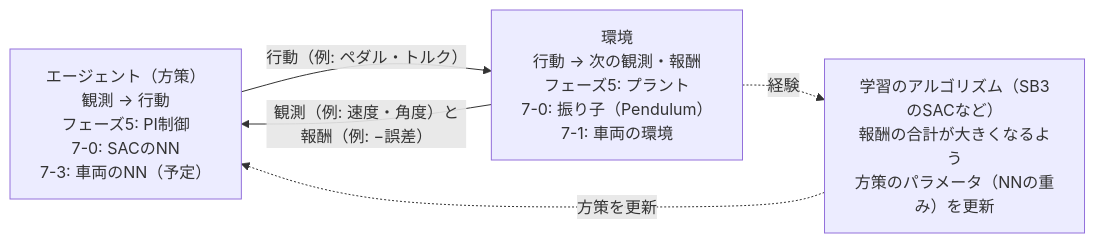
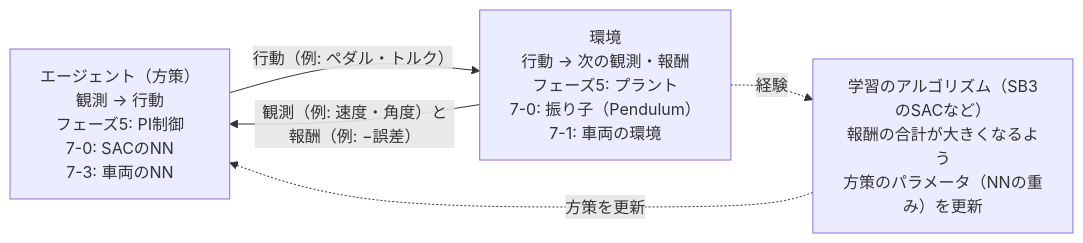
The diagram in docs/phase7_0_rl_intro.md (SanghunIm1991/ros2MinimalPhysicalAi), drawn with Mermaid before and after one commit. The commit also changed other lines of this file and 9 other files, not shown here.

Commit message:
[claude] フェーズ7-3（PI制御をNNの方策に置き換える）を作成。0.1秒ごとにペダルを選ぶ環境で、①7-1と同じ観測と報酬、②報酬10倍・偏差をm/sのまま、③重み0の順にSACを学習させ、学習の乱数の種によるばらつき、PI制御との指標の比較、届かない理由、改良で試せること（試したことと試していないこと）を扱う。図、README・学習計画・7-0〜7-2・環境構築の案内を新しい7-3に向け、7-0の図の番号の直し漏れを修正し、QA表に予備の試行の結果と構成の判断を記録

````diff
--- a/docs/phase7_0_rl_intro.md
+++ b/docs/phase7_0_rl_intro.md
@@ -36,10 +36,10 @@
 ```mermaid
 flowchart LR
-    AG["エージェント（方策）<br/>観測 → 行動<br/>フェーズ5: PI制御<br/>7-0: SACのNN<br/>7-3: 車両のNN（予定）"]
+    AG["エージェント（方策）<br/>観測 → 行動<br/>フェーズ5: PI制御<br/>7-0: SACのNN<br/>7-3: 車両のNN"]
     ENV["環境<br/>行動 → 次の観測・報酬<br/>フェーズ5: プラント<br/>7-0: 振り子（Pendulum）<br/>7-1: 車両の環境"]
     LEARN["学習のアルゴリズム（SB3のSACなど）<br/>報酬の合計が大きくなるよう<br/>方策のパラメータ（NNの重み）を更新"]
     AG -- "行動（例: ペダル・トルク）" --> ENV
     ENV -- "観測（例: 速度・角度）と報酬（例: −誤差）" --> AG
     ENV -. "経験" .-> LEARN
     LEARN -. "方策を更新" .-> AG
 ```
````
